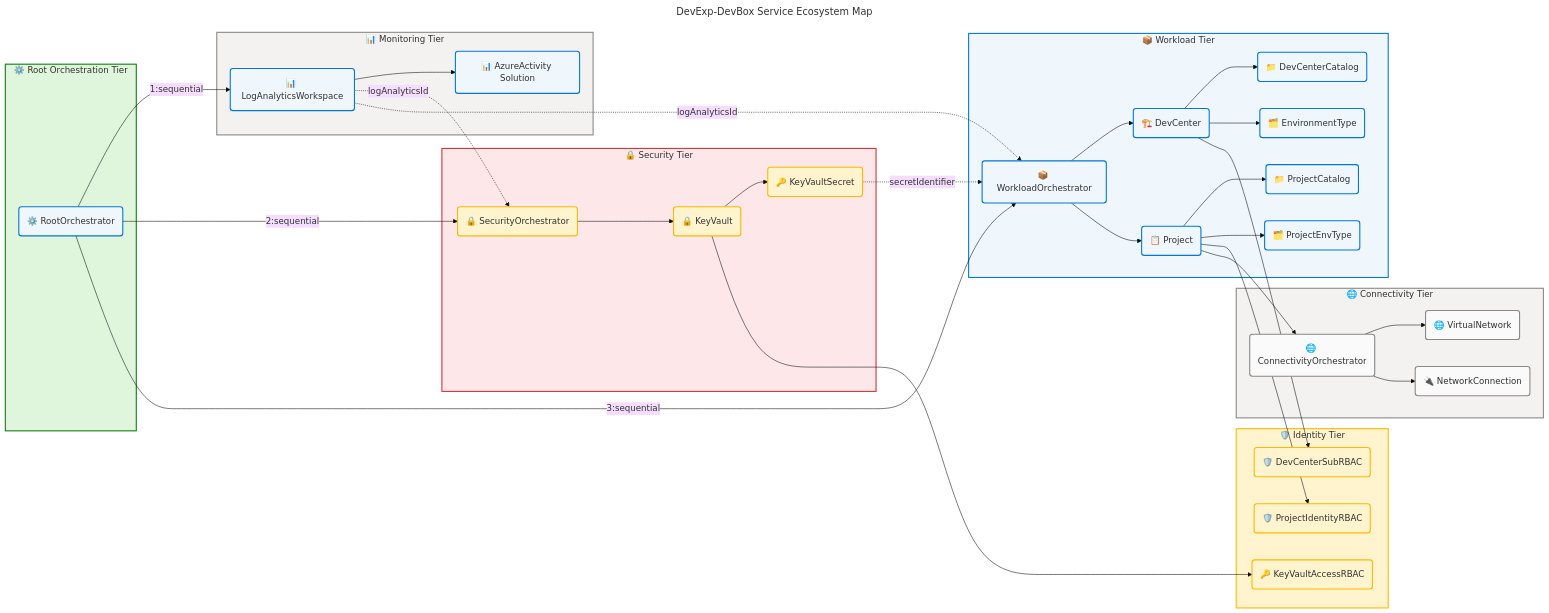
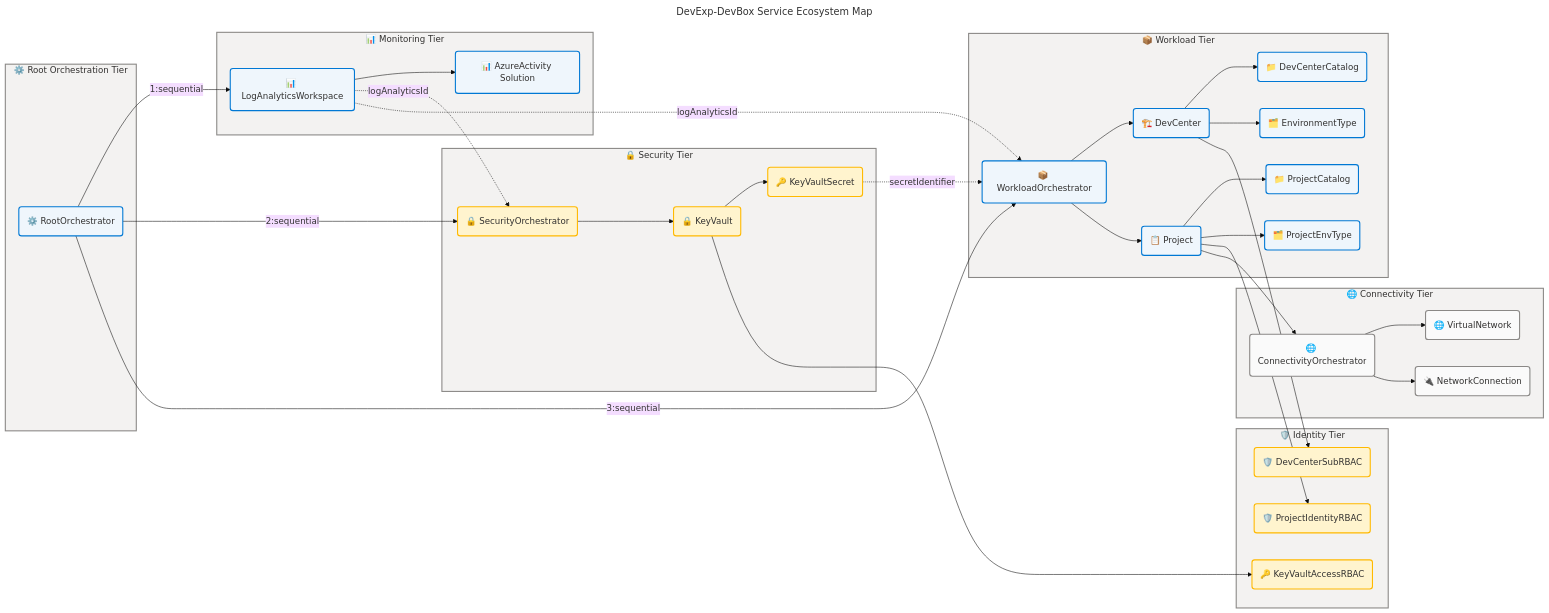
Before and after one commit to Evilazaro/DevExp-DevBox: the second of 7 diagrams in docs/architecture/application-architecture.md, drawn with Mermaid. The commit also changed other lines of this file, not shown here.

Commit message:
refactor: Update diagram styles for improved visual consistency across application architecture

```diff
--- a/docs/architecture/application-architecture.md
+++ b/docs/architecture/application-architecture.md
@@ -246,12 +246,12 @@
     LAws -.->|"logAnalyticsId"| WLOrch
     SecretRes -.->|"secretIdentifier"| WLOrch
 
-    style RootTier fill:#DFF6DD,stroke:#107C10,stroke-width:2px,color:#323130
+    style RootTier fill:#F3F2F1,stroke:#8A8886,stroke-width:2px,color:#323130
     style MonTier fill:#F3F2F1,stroke:#8A8886,stroke-width:2px,color:#323130
-    style SecTier fill:#FDE7E9,stroke:#D13438,stroke-width:2px,color:#323130
-    style WLTier fill:#EFF6FC,stroke:#0078D4,stroke-width:2px,color:#323130
+    style SecTier fill:#F3F2F1,stroke:#8A8886,stroke-width:2px,color:#323130
+    style WLTier fill:#F3F2F1,stroke:#8A8886,stroke-width:2px,color:#323130
     style ConnTier fill:#F3F2F1,stroke:#8A8886,stroke-width:2px,color:#323130
-    style IdTier fill:#FFF4CE,stroke:#FFB900,stroke-width:2px,color:#323130
+    style IdTier fill:#F3F2F1,stroke:#8A8886,stroke-width:2px,color:#323130
 
     classDef neutral fill:#FAFAFA,stroke:#8A8886,stroke-width:2px,color:#323130
     classDef core fill:#EFF6FC,stroke:#0078D4,stroke-width:2px,color:#323130
```
